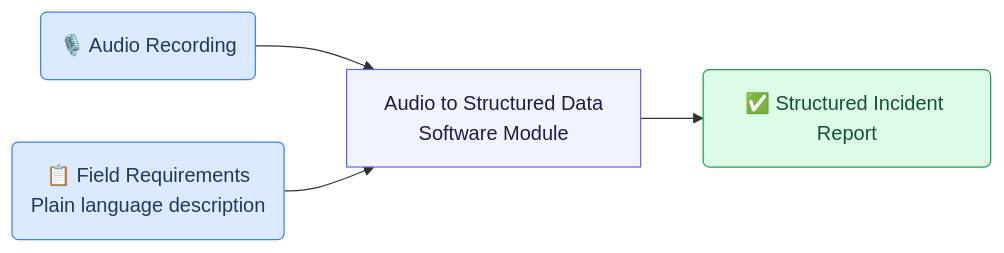
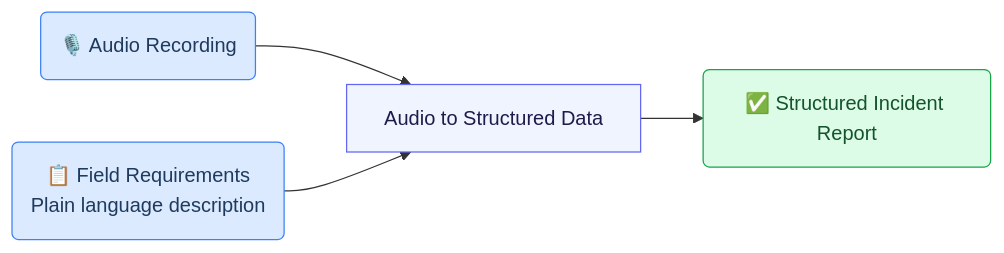
The first of 4 diagrams in use_cases/Incident_reporting.md (GAIK-project/gaik-toolkit), drawn with Mermaid before and after one commit. The commit also changed other lines of this file, not shown here.

````diff
--- a/use_cases/Incident_reporting.md
+++ b/use_cases/Incident_reporting.md
@@ -26,11 +15,11 @@
 ```mermaid
 flowchart LR
-    A("🎙️ Audio Recording") --> B["Audio to Structured Data<br/>Software Module"]
+    A("🎙️ Audio Recording") --> B["Audio to Structured Data"]
     C("📋 Field Requirements<br/>Plain language description") --> B
     B --> D("✅ Structured Incident Report")
 
     style A fill:#dbeafe,stroke:#3b82f6,color:#1e3a5f
     style C fill:#dbeafe,stroke:#3b82f6,color:#1e3a5f
     style D fill:#dcfce7,stroke:#16a34a,color:#14532d
     style B fill:#f0f4ff,stroke:#6366f1,color:#1e1b4b
 ```
````
